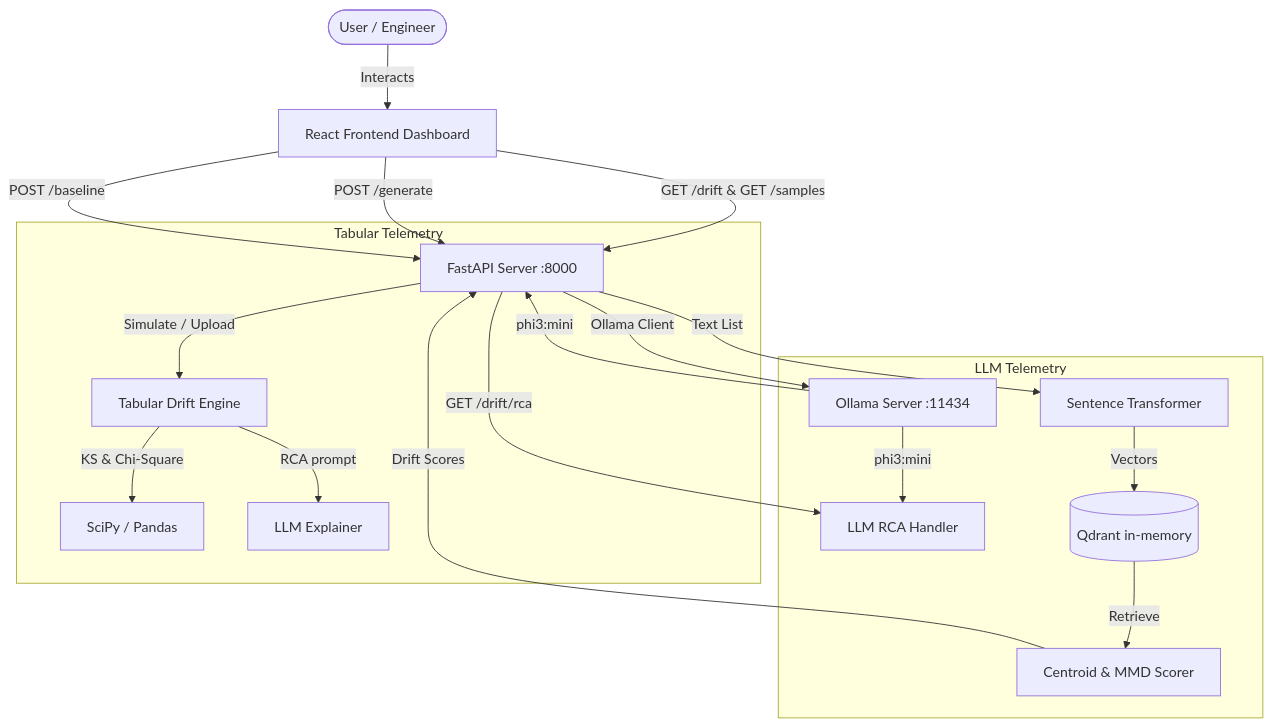
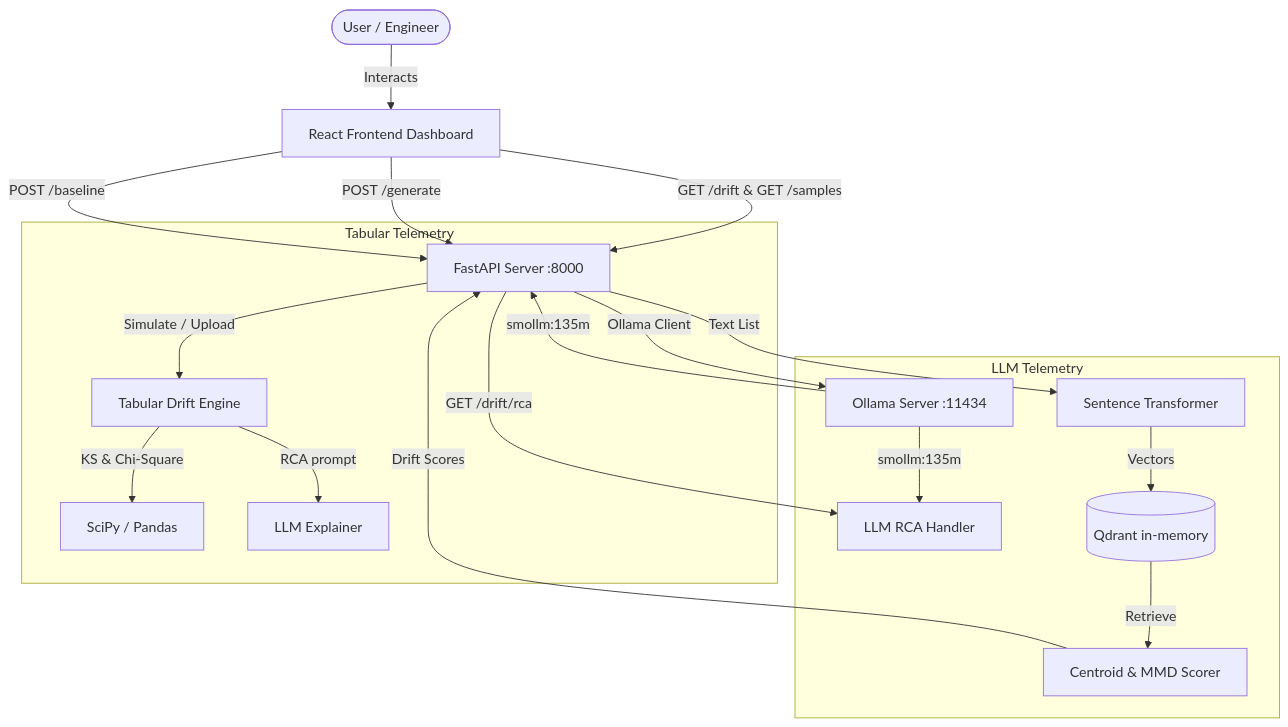
Before and after one commit to SHRAVANIRANE/mlops-drift-monitor: the diagram in README.md, drawn with Mermaid. The commit also changed other lines of this file and 21 other files, not shown here.

Commit message:
feat: implement agentic RCA workflow, persistent SQLite storage, and transition to smollm:135m model

````diff
--- a/README.md
+++ b/README.md
@@ -98,25 +105,25 @@
 ```mermaid
 graph TD
     User([User / Engineer]) -->|Interacts| UI[React Frontend Dashboard]
     UI -->|GET /drift & GET /samples| API[FastAPI Server :8000]
     UI -->|POST /generate| API
     UI -->|POST /baseline| API
     
     subgraph Tabular Telemetry
         API -->|Simulate / Upload| TabEngine[Tabular Drift Engine]
         TabEngine -->|KS & Chi-Square| Stats[SciPy / Pandas]
         TabEngine -->|RCA prompt| LLMExp[LLM Explainer]
     end
 
     subgraph LLM Telemetry
         API -->|GET /drift/rca| LlmRca[LLM RCA Handler]
         API -->|Ollama Client| Ollama[Ollama Server :11434]
         API -->|Text List| Embedder[Sentence Transformer]
         Embedder -->|Vectors| Qdrant[(Qdrant in-memory)]
         Qdrant -->|Retrieve| Scorer[Centroid & MMD Scorer]
         Scorer -->|Drift Scores| API
     end
     
-    Ollama -->|phi3:mini| LlmRca
-    Ollama -->|phi3:mini| API
+    Ollama -->|smollm:135m| LlmRca
+    Ollama -->|smollm:135m| API
 ```
````
